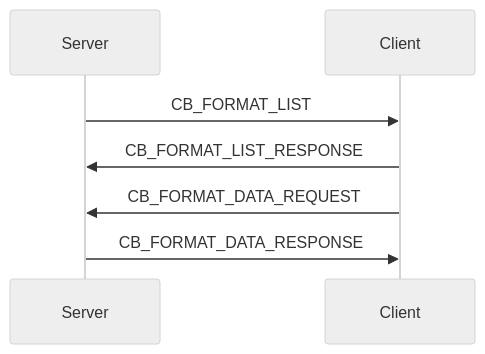
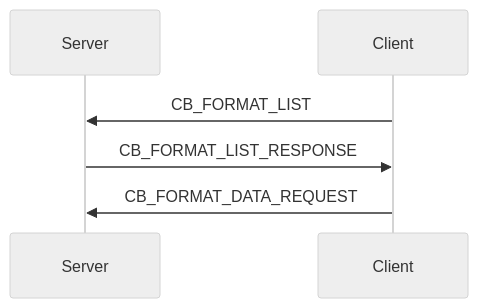
Before and after one commit to Ylianst/MeshCentral: the fourth of 10 diagrams in docs/reference/architecture/cliprdr/cliprdr.md, drawn with Mermaid (neutral theme). The commit also changed other lines of this file and 642 other files, not shown here.

````diff
--- a/docs/reference/architecture/cliprdr/cliprdr.md
+++ b/docs/reference/architecture/cliprdr/cliprdr.md
@@ -127,10 +145,9 @@
 ```mermaid
 sequenceDiagram
     participant Server
     participant Client
 
-    Server->>Client: CB_FORMAT_LIST
-    Client->>Server: CB_FORMAT_LIST_RESPONSE
+    Client->>Server: CB_FORMAT_LIST
+    Server->>Client: CB_FORMAT_LIST_RESPONSE
     Client->>Server: CB_FORMAT_DATA_REQUEST
-    Server->>Client: CB_FORMAT_DATA_RESPONSE
 ```
````
